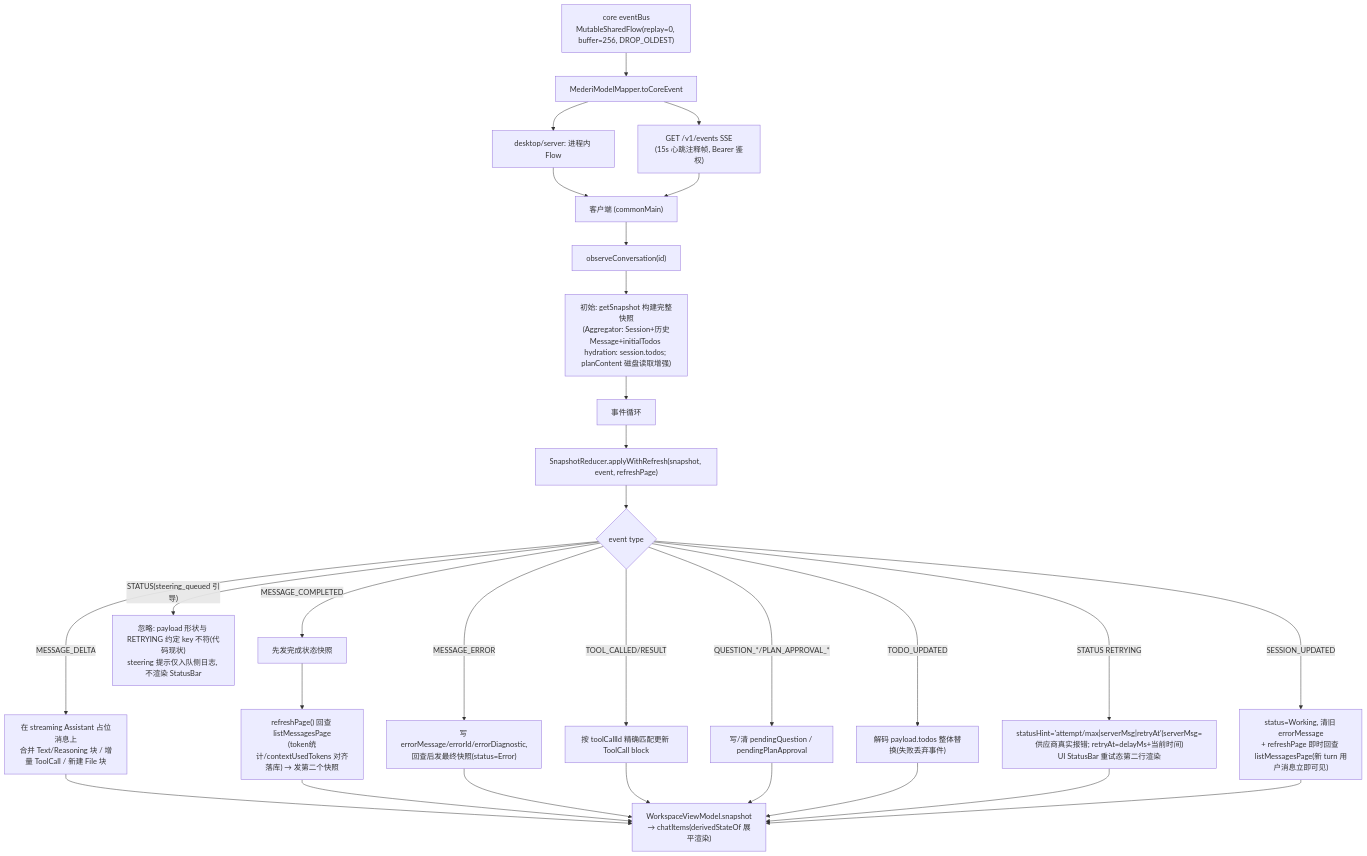
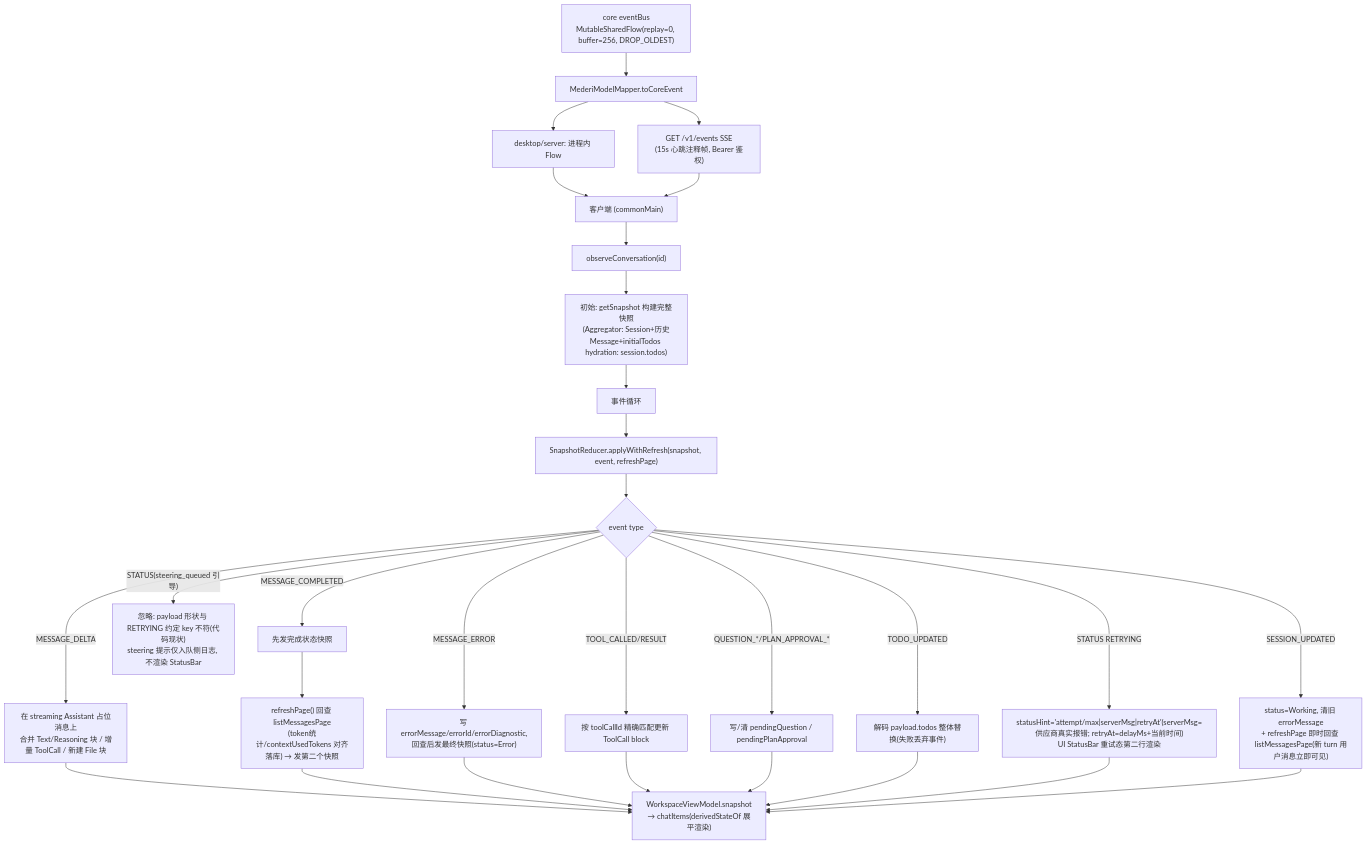
The fourth of 18 diagrams in docs/architecture/04-flows.md (lzdev42/mederi), drawn with Mermaid before and after one commit. The commit also changed other lines of this file and 76 other files, not shown here.

````diff
--- a/docs/architecture/04-flows.md
+++ b/docs/architecture/04-flows.md
@@ -147,23 +162,23 @@
 ```mermaid
 flowchart TD
     EB["core eventBus<br/>MutableSharedFlow(replay=0, buffer=256, DROP_OLDEST)"] --> MAP["MederiModelMapper.toCoreEvent"]
     MAP --> CH1["desktop/server: 进程内 Flow"]
     MAP --> CH2["GET /v1/events SSE<br/>(15s 心跳注释帧, Bearer 鉴权)"]
     CH1 & CH2 --> CLIENT["客户端 (commonMain)"]
     CLIENT --> OB["observeConversation(id)"]
-    OB --> INIT["初始: getSnapshot 构建完整快照<br/>(Aggregator: Session+历史Message+initialTodos hydration: session.todos; planContent 磁盘读取增强)"]
+    OB --> INIT["初始: getSnapshot 构建完整快照<br/>(Aggregator: Session+历史Message+initialTodos hydration: session.todos)"]
     INIT --> LOOP
     LOOP["事件循环"] --> SR["SnapshotReducer.applyWithRefresh(snapshot, event, refreshPage)"]
     SR --> SW{"event type"}
     SW -- "MESSAGE_DELTA" --> D["在 streaming Assistant 占位消息上<br/>合并 Text/Reasoning 块 / 增量 ToolCall / 新建 File 块"]
     SW -- "MESSAGE_COMPLETED" --> C1["先发完成状态快照"]
     C1 --> C2["refreshPage() 回查 listMessagesPage<br/>(token统计/contextUsedTokens 对齐落库) → 发第二个快照"]
     SW -- "MESSAGE_ERROR" --> ER["写 errorMessage/errorId/errorDiagnostic,<br/>回查后发最终快照(status=Error)"]
     SW -- "TOOL_CALLED/RESULT" --> TO["按 toolCallId 精确匹配更新 ToolCall block"]
     SW -- "QUESTION_*/PLAN_APPROVAL_*" --> PE["写/清 pendingQuestion / pendingPlanApproval"]
     SW -- "TODO_UPDATED" --> TD["解码 payload.todos 整体替换(失败丢弃事件)"]
     SW -- "STATUS RETRYING" --> ST["statusHint='attempt/max|serverMsg|retryAt'(serverMsg=供应商真实报错; retryAt=delayMs+当前时间)<br/>UI StatusBar 重试态第二行渲染"]
     SW -- "SESSION_UPDATED" --> SU["status=Working, 清旧 errorMessage<br/>+ refreshPage 即时回查 listMessagesPage(新 turn 用户消息立即可见)"]
     SW -- "STATUS(steering_queued 引导)" --> SIG["忽略: payload 形状与 RETRYING 约定 key 不符(代码现状)<br/>steering 提示仅入队侧日志, 不渲染 StatusBar"]
     D & C2 & ER & TO & PE & TD & ST & SU --> UI["WorkspaceViewModel.snapshot<br/>→ chatItems(derivedStateOf 展平渲染)"]
 ```
````
